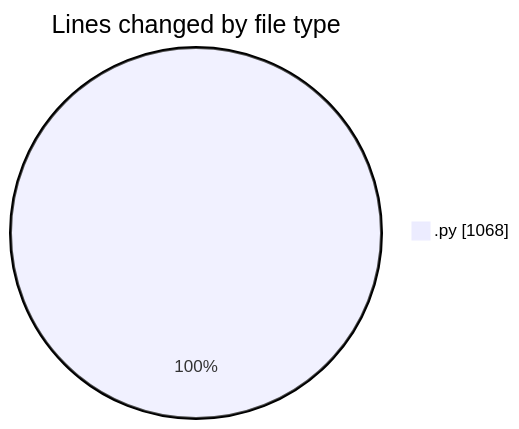
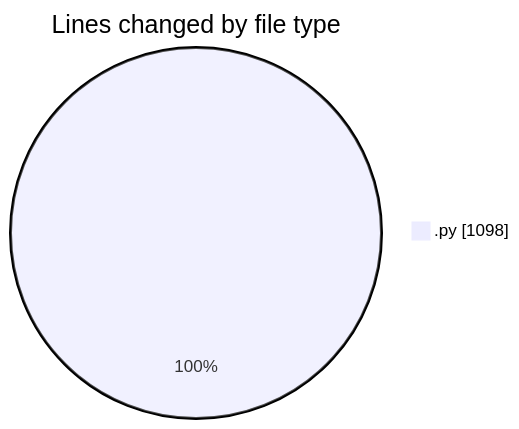
The first of 2 diagrams in 2025-10-29/eventscop-api-guide__workspace_/README.md (julien-gomy/code-tracking), drawn with Mermaid before and after one commit. The commit also changed other lines of this file and 1 other file, not shown here.

````diff
--- a/2025-10-29/eventscop-api-guide__workspace_/README.md
+++ b/2025-10-29/eventscop-api-guide__workspace_/README.md
@@ -20,5 +21,5 @@
 ```mermaid
 pie showData
 title Lines changed by file type
-".py" : 1068
+".py" : 1098
 ```
````
